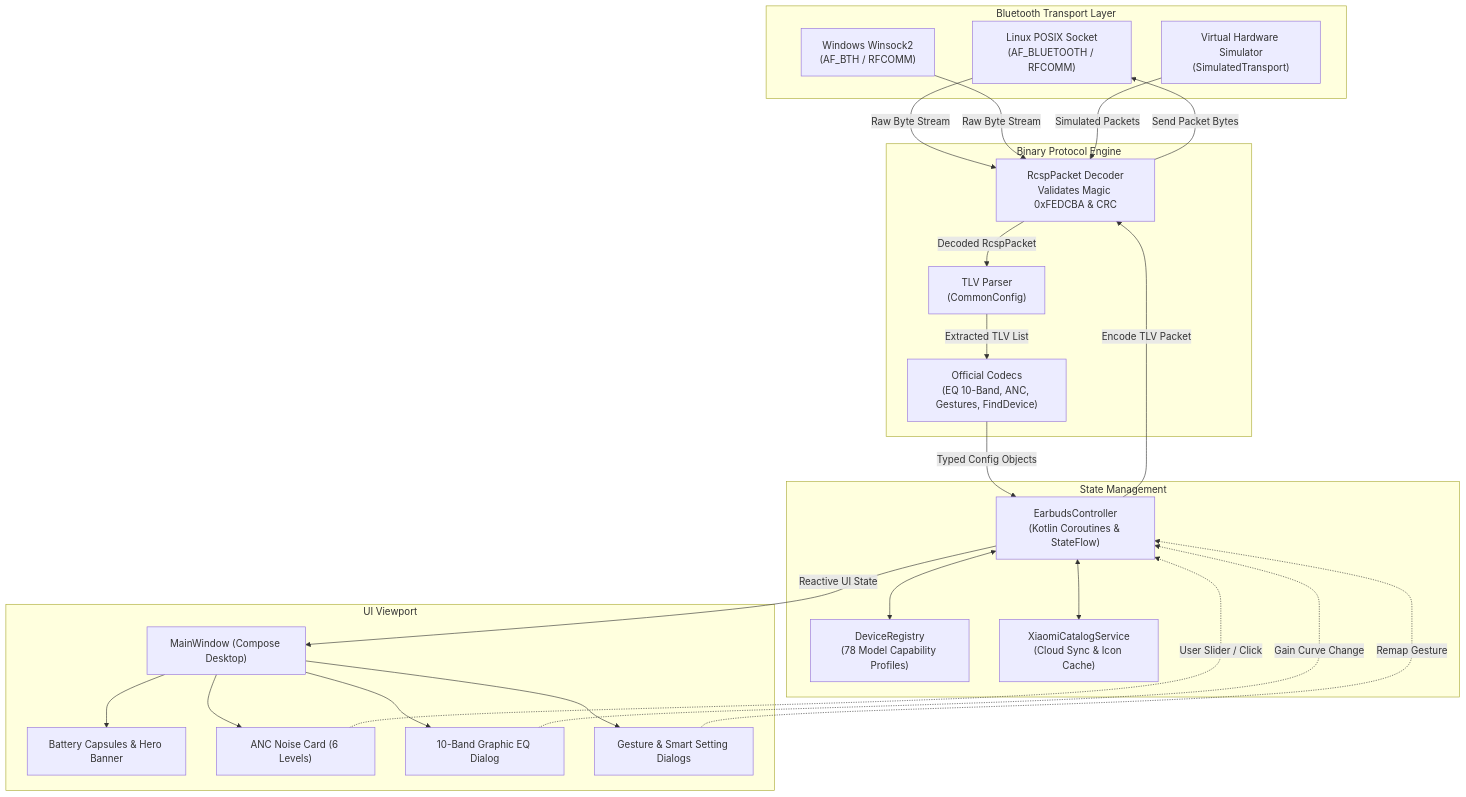
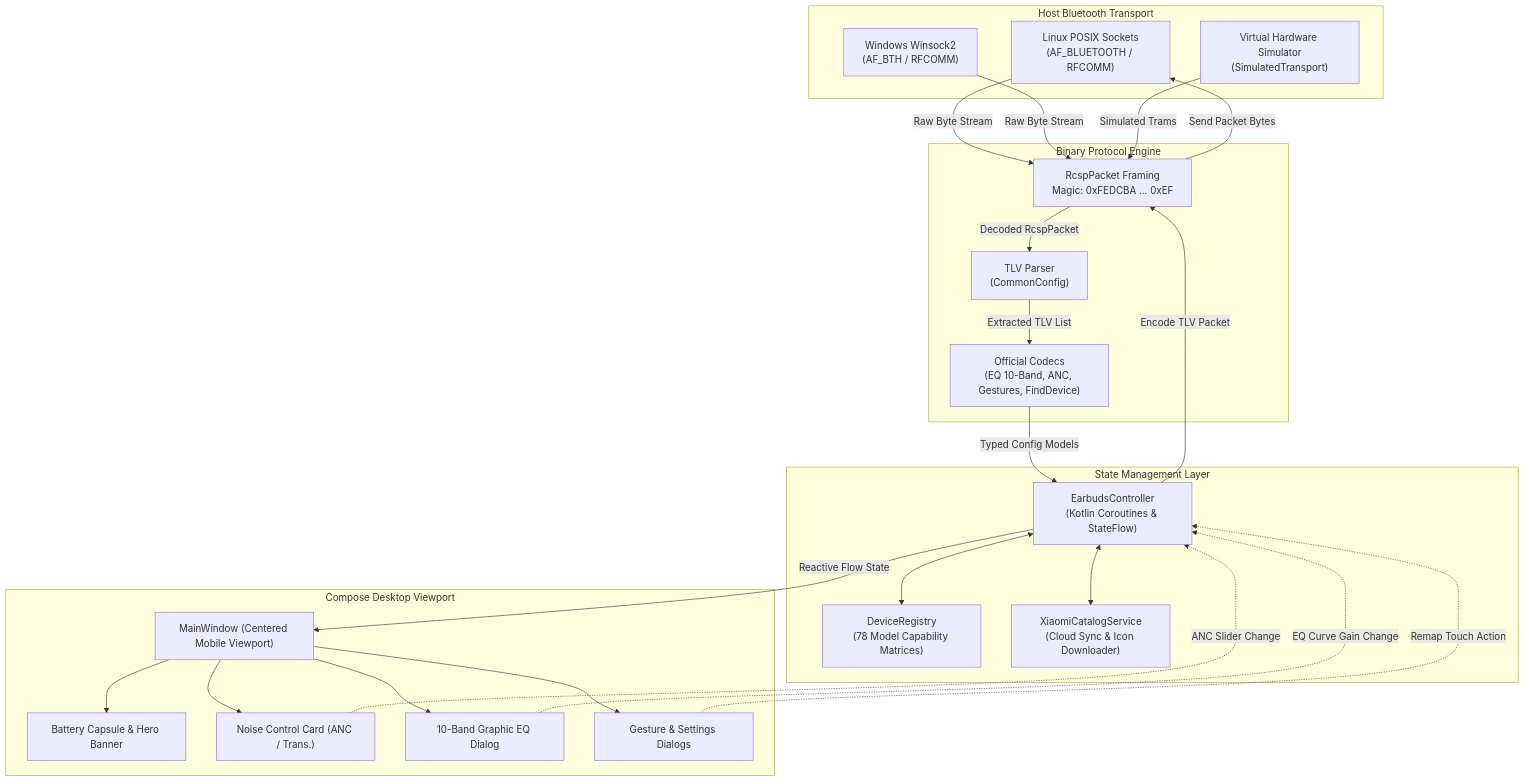
Before and after one commit to alan7383/ximiearbuds: the first of 2 diagrams in README.md, drawn with Mermaid. The commit also changed other lines of this file, not shown here.

````diff
--- a/README.md
+++ b/README.md
@@ -170,51 +138,51 @@
 ```mermaid
 flowchart TD
-    subgraph Bluetooth Transport Layer
-        A1["Linux POSIX Socket<br/>(AF_BLUETOOTH / RFCOMM)"] 
+    subgraph Host Bluetooth Transport
+        A1["Linux POSIX Sockets<br/>(AF_BLUETOOTH / RFCOMM)"]
         A2["Windows Winsock2<br/>(AF_BTH / RFCOMM)"]
         A3["Virtual Hardware Simulator<br/>(SimulatedTransport)"]
     end
 
     subgraph Binary Protocol Engine
-        B1["RcspPacket Decoder<br/>Validates Magic 0xFEDCBA & CRC"]
+        B1["RcspPacket Framing<br/>Magic: 0xFEDCBA ... 0xEF"]
         B2["TLV Parser<br/>(CommonConfig)"]
         B3["Official Codecs<br/>(EQ 10-Band, ANC, Gestures, FindDevice)"]
     end
 
-    subgraph State Management
+    subgraph State Management Layer
         C1["EarbudsController<br/>(Kotlin Coroutines & StateFlow)"]
-        C2["DeviceRegistry<br/>(78 Model Capability Profiles)"]
-        C3["XiaomiCatalogService<br/>(Cloud Sync & Icon Cache)"]
+        C2["DeviceRegistry<br/>(78 Model Capability Matrices)"]
+        C3["XiaomiCatalogService<br/>(Cloud Sync & Icon Downloader)"]
     end
 
-    subgraph UI Viewport
-        D1["MainWindow (Compose Desktop)"]
-        D2["Battery Capsules & Hero Banner"]
-        D3["ANC Noise Card (6 Levels)"]
+    subgraph Compose Desktop Viewport
+        D1["MainWindow (Centered Mobile Viewport)"]
+        D2["Battery Capsule & Hero Banner"]
+        D3["Noise Control Card (ANC / Trans.)"]
         D4["10-Band Graphic EQ Dialog"]
-        D5["Gesture & Smart Setting Dialogs"]
+        D5["Gesture & Settings Dialogs"]
     end
 
     A1 -->|Raw Byte Stream| B1
     A2 -->|Raw Byte Stream| B1
-    A3 -->|Simulated Packets| B1
+    A3 -->|Simulated Trams| B1
 
     B1 -->|Decoded RcspPacket| B2
     B2 -->|Extracted TLV List| B3
-    B3 -->|Typed Config Objects| C1
+    B3 -->|Typed Config Models| C1
 
     C1 <--> C2
     C1 <--> C3
-    C1 -->|Reactive UI State| D1
+    C1 -->|Reactive Flow State| D1
 
     D1 --> D2
     D1 --> D3
     D1 --> D4
     D1 --> D5
 
-    D3 -.->|User Slider / Click| C1
-    D4 -.->|Gain Curve Change| C1
-    D5 -.->|Remap Gesture| C1
+    D3 -.->|ANC Slider Change| C1
+    D4 -.->|EQ Curve Gain Change| C1
+    D5 -.->|Remap Touch Action| C1
     C1 -->|Encode TLV Packet| B1
     B1 -->|Send Packet Bytes| A1
 ```
````
